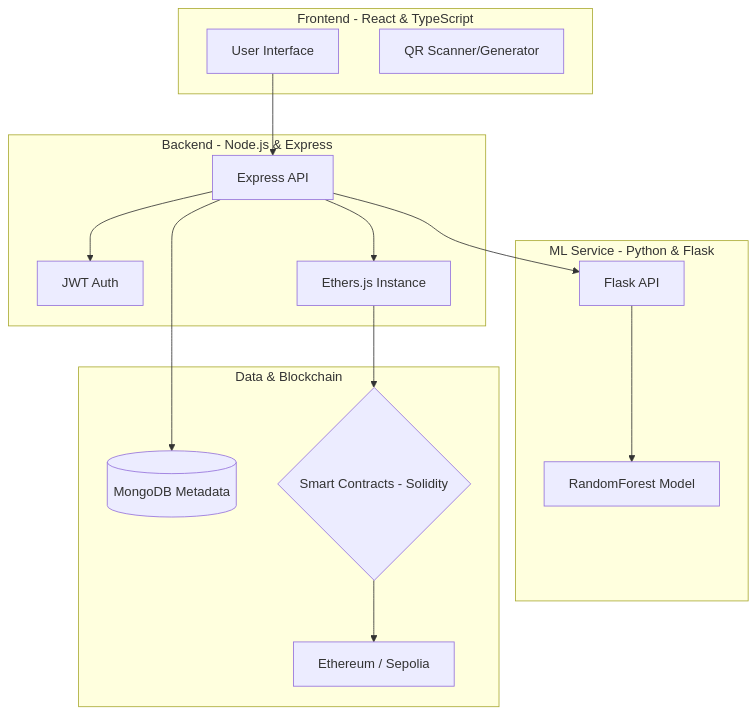
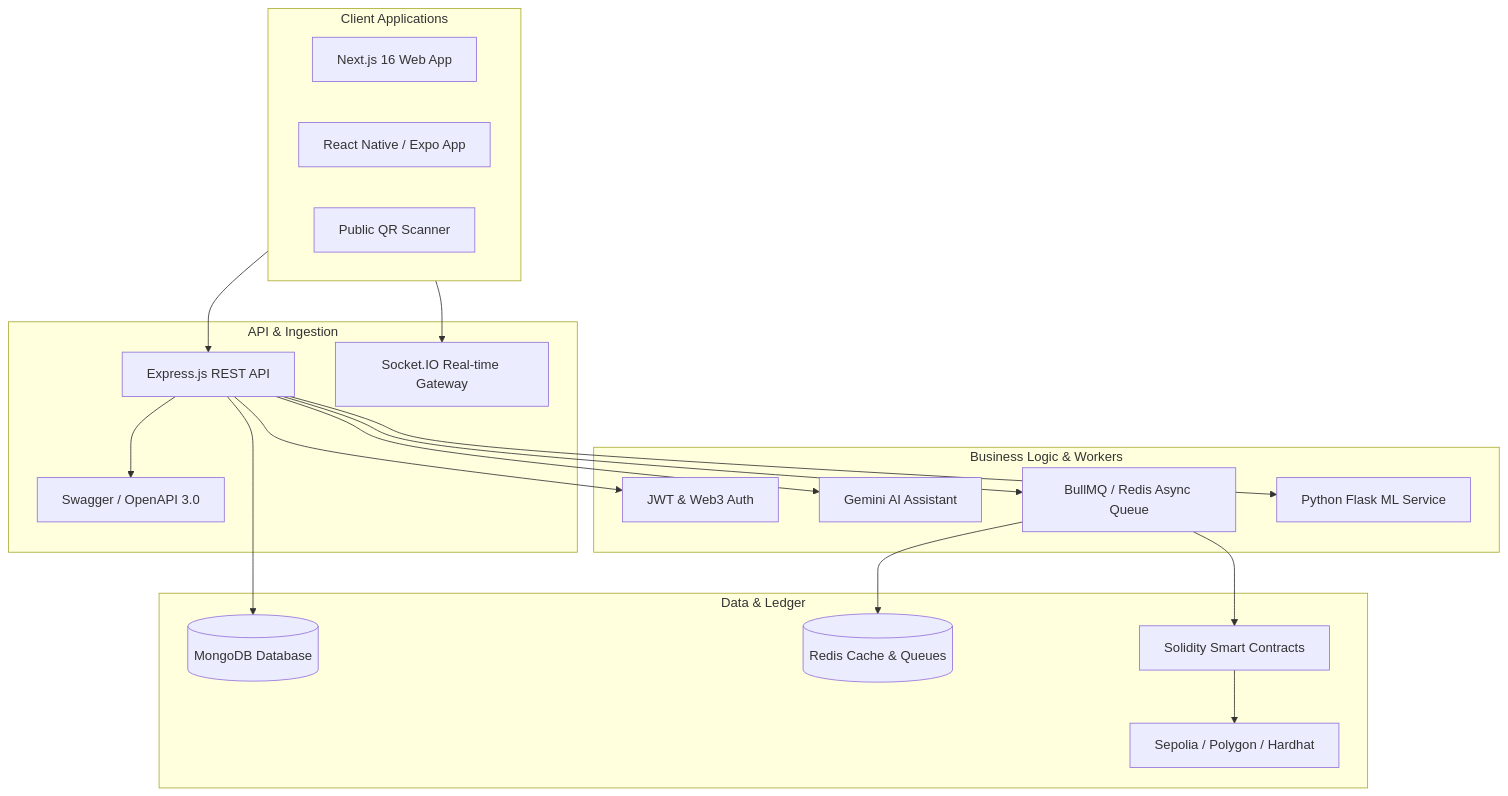
One commit to Nitya-003/CropChain changed the first of 2 diagrams in README.md. Above: the diagram before and after it, drawn with Mermaid. The commit also changed other lines of this file, not shown here.

````diff
--- a/README.md
+++ b/README.md
@@ -327,33 +75,40 @@
 ```mermaid
 graph TD
-    subgraph Client_Layer [Frontend - React & TypeScript]
-        UI[User Interface]
-        QR[QR Scanner/Generator]
+    subgraph Client_Layer [Client Applications]
+        Web[Next.js 16 Web App]
+        Mobile[React Native / Expo App]
+        Consumer[Public QR Scanner]
     end
 
-    subgraph Logic_Layer [Backend - Node.js & Express]
-        API[Express API]
-        JWT[JWT Auth]
-        ETH[Ethers.js Instance]
+    subgraph Gateway_Layer [API & Ingestion]
+        API[Express.js REST API]
+        Swagger[Swagger / OpenAPI 3.0]
+        WS[Socket.IO Real-time Gateway]
     end
 
-    subgraph ML_Layer [ML Service - Python & Flask]
-        MLAPI[Flask API]
-        RF[RandomForest Model]
+    subgraph Service_Layer [Business Logic & Workers]
+        Auth[JWT & Web3 Auth]
+        AI[Gemini AI Assistant]
+        Queue[BullMQ / Redis Async Queue]
+        ML[Python Flask ML Service]
     end
 
-    subgraph Storage_Layer [Data & Blockchain]
-        DB[(MongoDB Metadata)]
-        BC{Smart Contracts - Solidity}
-        Network[Ethereum / Sepolia]
+    subgraph Storage_Blockchain [Data & Ledger]
+        Mongo[(MongoDB Database)]
+        Redis[(Redis Cache & Queues)]
+        Contracts[Solidity Smart Contracts]
+        Network[Sepolia / Polygon / Hardhat]
     end
 
-    UI --> API
-    API --> JWT
-    API --> DB
-    API --> ETH
-    API --> MLAPI
-    MLAPI --> RF
-    ETH --> BC
-    BC --> Network
+    Client_Layer --> API
+    Client_Layer --> WS
+    API --> Swagger
+    API --> Auth
+    API --> AI
+    API --> Queue
+    API --> ML
+    API --> Mongo
+    Queue --> Redis
+    Queue --> Contracts
+    Contracts --> Network
 ```
````
